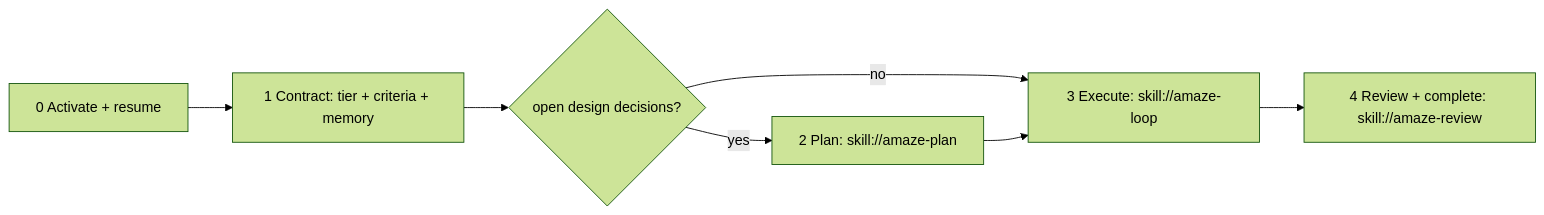
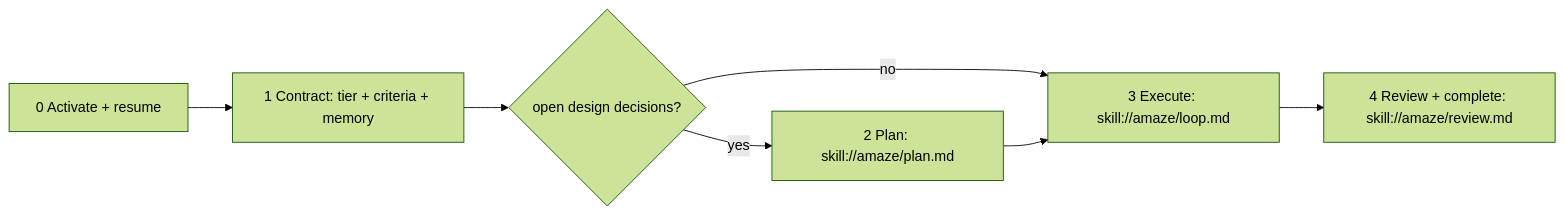
Before and after one commit to steve-8000/amaze-omp: the diagram in plugins/amaze/skills/amaze/SKILL.md, drawn with Mermaid (forest theme). The commit also changed other lines of this file and 10 other files, not shown here.

Commit message:
slim plugin token footprint: English terse tool descriptions, merge plane_task_block into plane_task_note(blocker), fold chain skills into amaze/{plan,loop,review}.md

````diff
--- a/plugins/amaze/skills/amaze/SKILL.md
+++ b/plugins/amaze/skills/amaze/SKILL.md
@@ -14,9 +14,9 @@
 ```mermaid
 graph LR
   A[0 Activate + resume] --> B[1 Contract: tier + criteria + memory]
   B --> C{open design decisions?}
-  C -- yes --> P[2 Plan: skill://amaze-plan]
-  C -- no --> L[3 Execute: skill://amaze-loop]
+  C -- yes --> P[2 Plan: skill://amaze/plan.md]
+  C -- no --> L[3 Execute: skill://amaze/loop.md]
   P --> L
-  L --> R[4 Review + complete: skill://amaze-review]
+  L --> R[4 Review + complete: skill://amaze/review.md]
 ```
````
